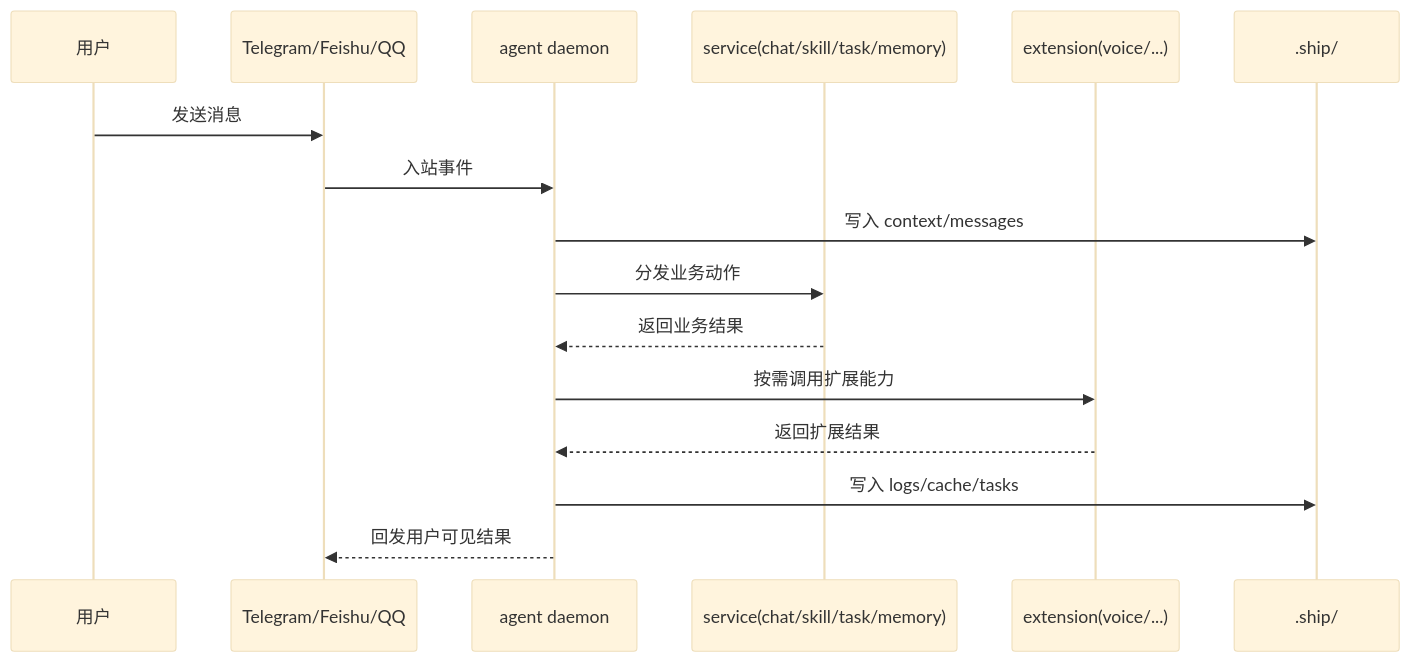
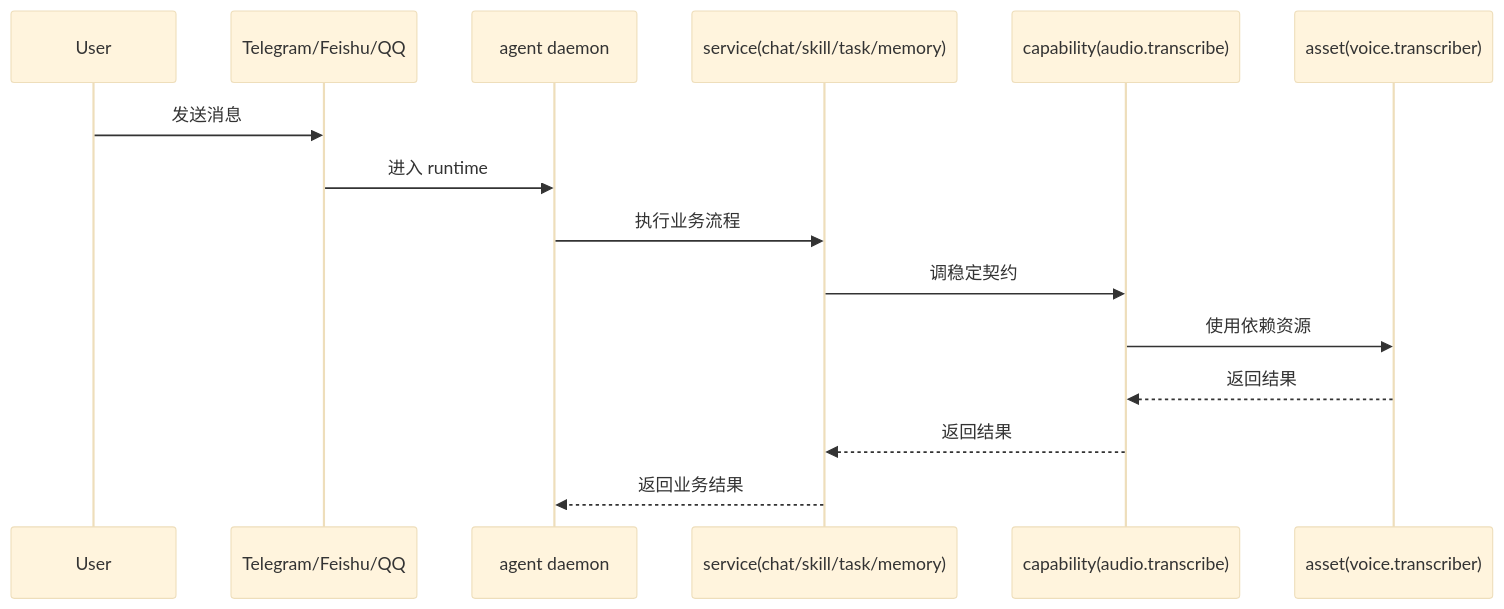
Before and after one commit to wangenius/downcity: the second of 2 diagrams in homepage/content/docs/zh/concepts/logic-map.mdx, drawn with Mermaid (base theme). The commit also changed other lines of this file and 189 other files, not shown here.

````diff
--- a/homepage/content/docs/zh/concepts/logic-map.mdx
+++ b/homepage/content/docs/zh/concepts/logic-map.mdx
@@ -47,19 +47,18 @@
 ```mermaid
 sequenceDiagram
-  participant User as 用户
+  participant User as User
   participant Channel as Telegram/Feishu/QQ
   participant Agent as agent daemon
   participant Service as service(chat/skill/task/memory)
-  participant Ext as extension(voice/...)
-  participant Disk as .ship/
+  participant Capability as capability(audio.transcribe)
+  participant Asset as asset(voice.transcriber)
 
   User->>Channel: 发送消息
-  Channel->>Agent: 入站事件
-  Agent->>Disk: 写入 context/messages
-  Agent->>Service: 分发业务动作
+  Channel->>Agent: 进入 runtime
+  Agent->>Service: 执行业务流程
+  Service->>Capability: 调稳定契约
+  Capability->>Asset: 使用依赖资源
+  Asset-->>Capability: 返回结果
+  Capability-->>Service: 返回结果
   Service-->>Agent: 返回业务结果
-  Agent->>Ext: 按需调用扩展能力
-  Ext-->>Agent: 返回扩展结果
-  Agent->>Disk: 写入 logs/cache/tasks
-  Agent-->>Channel: 回发用户可见结果
 ```
````
